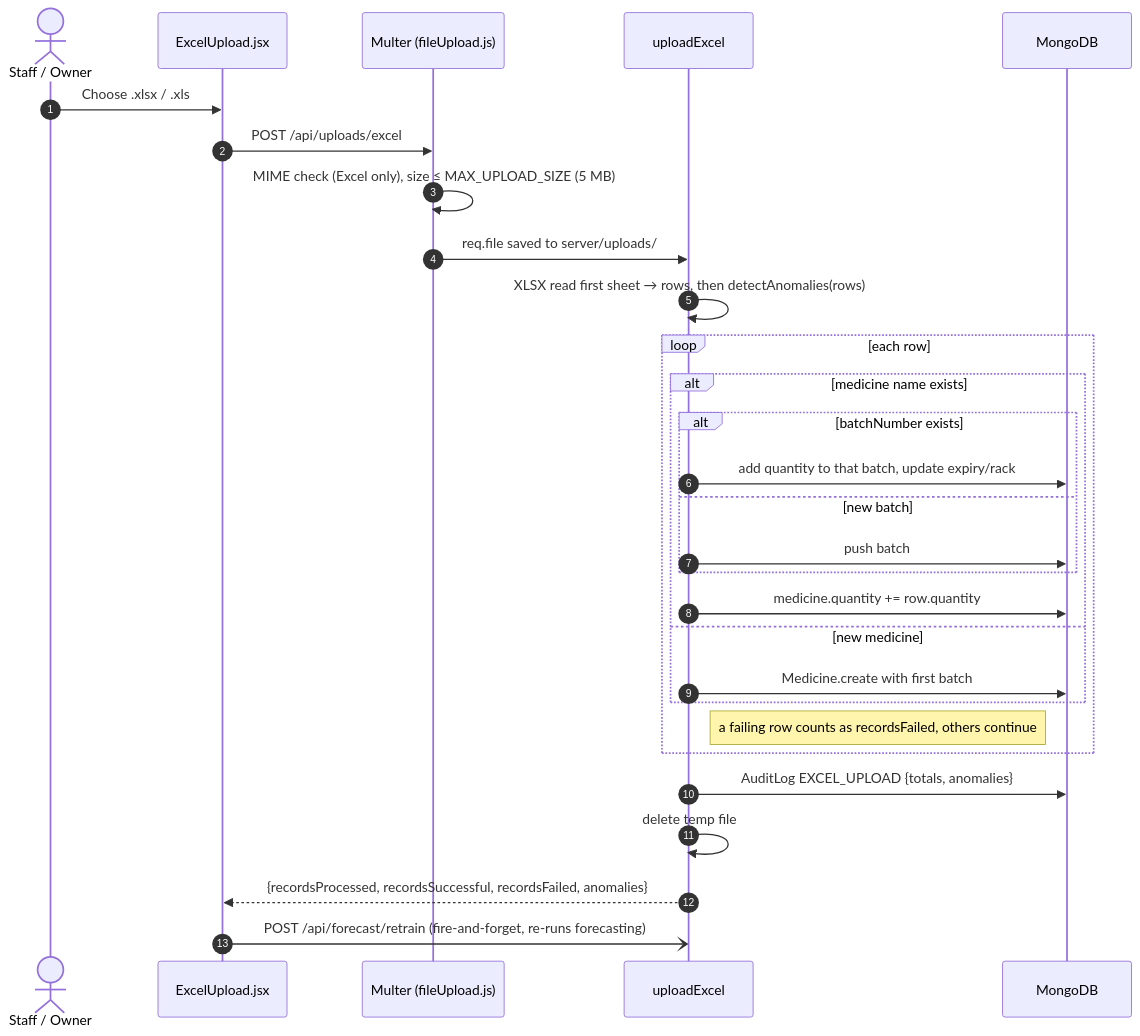
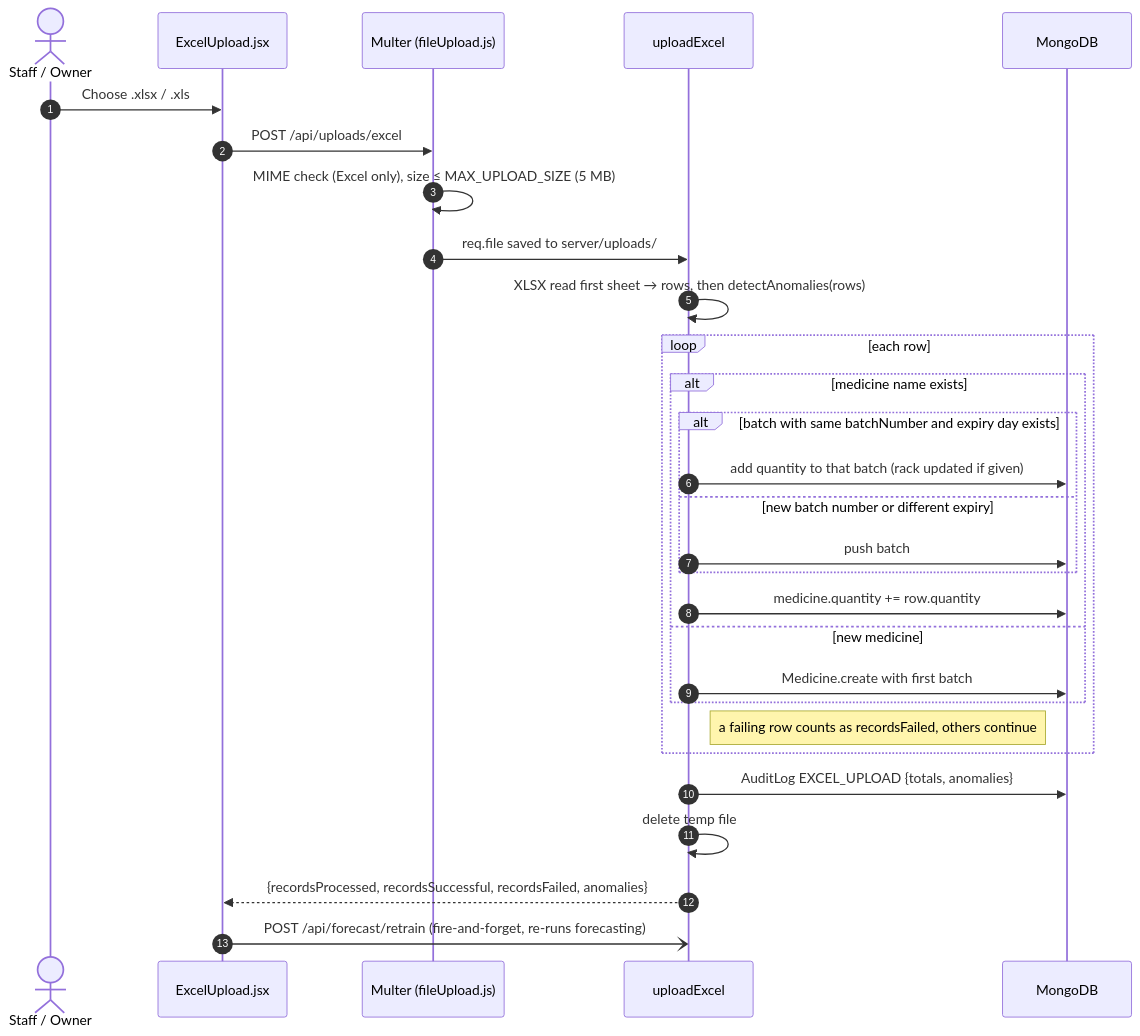
The fourth of 4 diagrams in docs/core-flows.md (USER1043/MediStock_AI), drawn with Mermaid before and after one commit. The commit also changed 7 other files, not shown here.

First line of the commit message:
fix(inventory): match added stock to batches by batch number and expiry

````diff
--- a/docs/core-flows.md
+++ b/docs/core-flows.md
@@ -176,32 +176,32 @@
 ```mermaid
 sequenceDiagram
     autonumber
     actor S as Staff / Owner
     participant UI as ExcelUpload.jsx
     participant M as Multer (fileUpload.js)
     participant API as uploadExcel
     participant DB as MongoDB
 
     S->>UI: Choose .xlsx / .xls
     UI->>M: POST /api/uploads/excel
     M->>M: MIME check (Excel only), size ≤ MAX_UPLOAD_SIZE (5 MB)
     M->>API: req.file saved to server/uploads/
     API->>API: XLSX read first sheet → rows, then detectAnomalies(rows)
     loop each row
         alt medicine name exists
-            alt batchNumber exists
-                API->>DB: add quantity to that batch, update expiry/rack
-            else new batch
+            alt batch with same batchNumber and expiry day exists
+                API->>DB: add quantity to that batch (rack updated if given)
+            else new batch number or different expiry
                 API->>DB: push batch
             end
             API->>DB: medicine.quantity += row.quantity
         else new medicine
             API->>DB: Medicine.create with first batch
         end
         Note right of API: a failing row counts as recordsFailed, others continue
     end
     API->>DB: AuditLog EXCEL_UPLOAD {totals, anomalies}
     API->>API: delete temp file
     API-->>UI: {recordsProcessed, recordsSuccessful, recordsFailed, anomalies}
     UI-)API: POST /api/forecast/retrain (fire-and-forget, re-runs forecasting)
 ```
````
